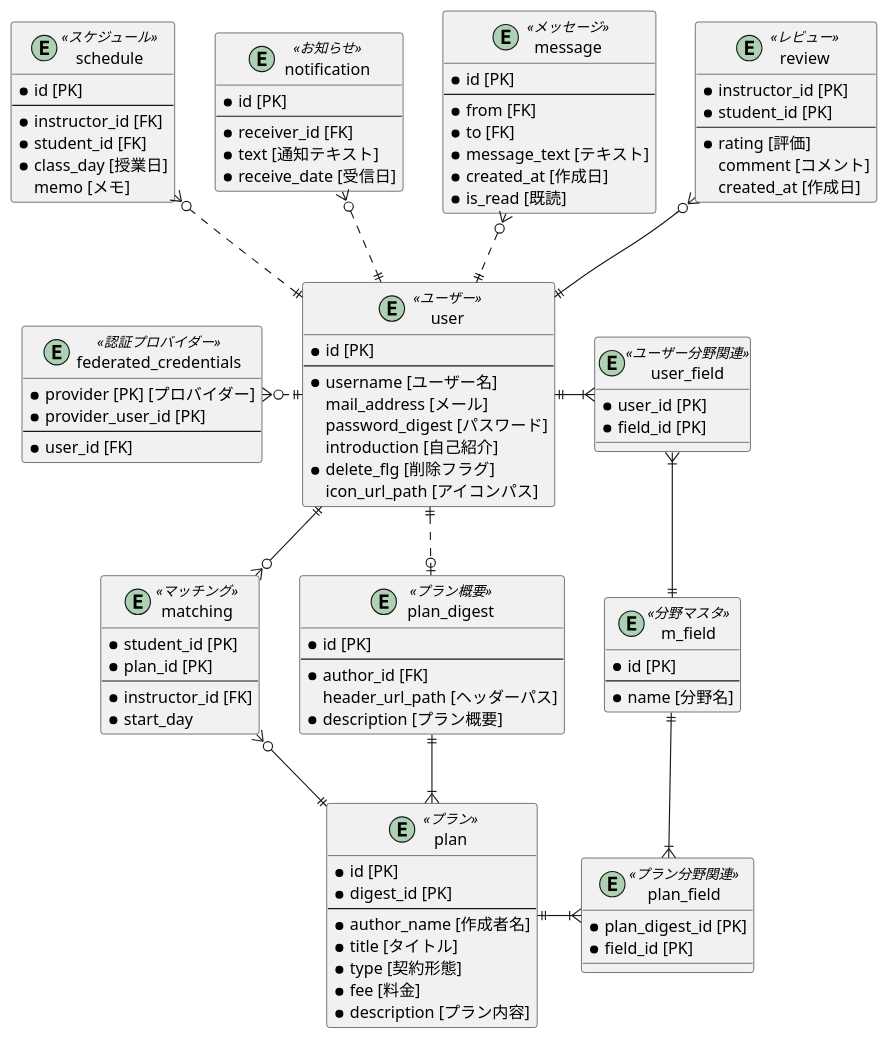
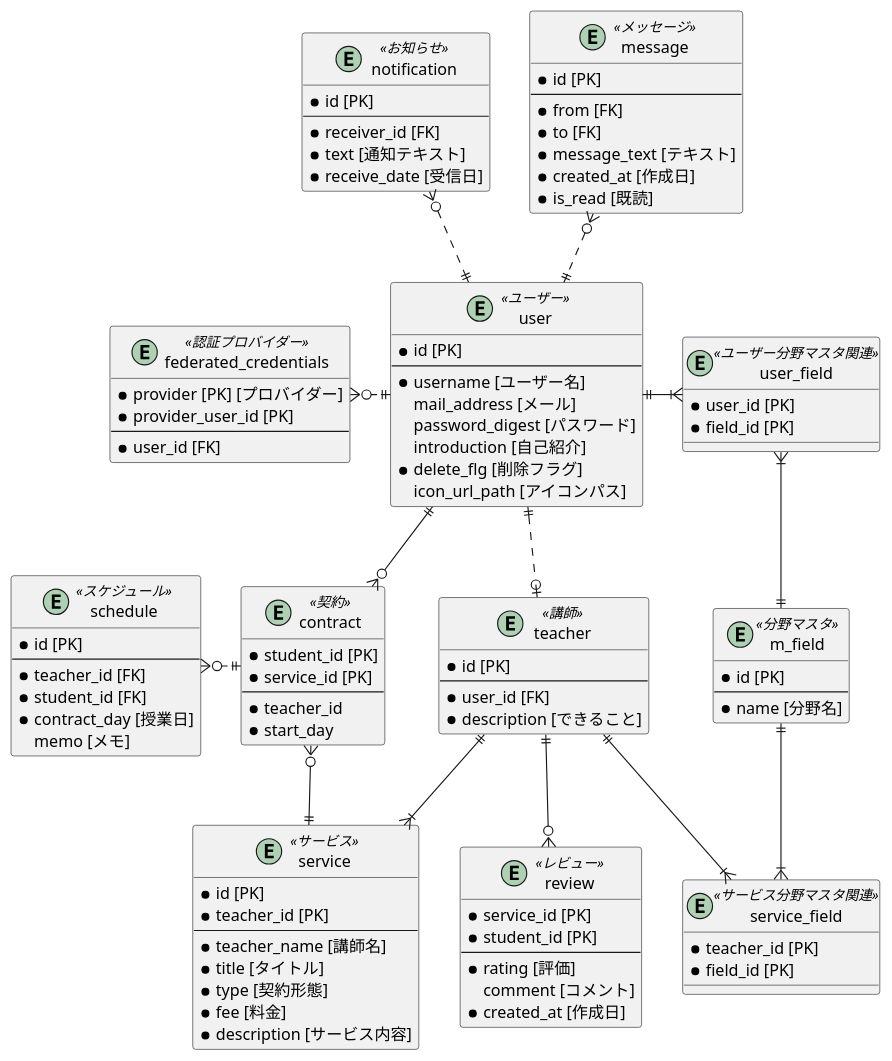
The diagram in materials/stulab.pu (koumei11/stulab), drawn with PlantUML before and after one commit. The commit also changed 1 other file, not shown here.

```diff
--- a/materials/stulab.pu
+++ b/materials/stulab.pu
@@ -1,115 +1,113 @@
 @startuml stulab
 
 entity user<<ユーザー>> {
   * id [PK]
   --
   * username [ユーザー名]
   mail_address [メール]
   password_digest [パスワード]
   introduction [自己紹介]
   * delete_flg [削除フラグ]
   icon_url_path [アイコンパス]
 }
 
 entity federated_credentials<<認証プロバイダー>> {
   * provider [PK] [プロバイダー]
   * provider_user_id [PK]
   --
   * user_id [FK]
 }
 
 entity m_field<<分野マスタ>> {
   * id [PK]
   --
   * name [分野名]
 }
 
-entity plan_digest<<プラン概要>> {
+entity teacher<<講師>> {
   * id [PK]
   --
-  * author_id [FK]
-  header_url_path [ヘッダーパス]
-  * description [プラン概要]
+  * user_id [FK]
+  * description [できること]
 }
 
-entity plan<<プラン>> {
+entity service<<サービス>> {
   * id [PK]
-  * digest_id [PK]
+  * teacher_id [PK]
   --
-  * author_name [作成者名]
+  * teacher_name [講師名]
   * title [タイトル]
   * type [契約形態]
   * fee [料金]
-  * description [プラン内容]
+  * description [サービス内容]
 }
 
-entity user_field<<ユーザー分野関連>> {
+entity user_field<<ユーザー分野マスタ関連>> {
   * user_id [PK]
   * field_id [PK]
 }
 
-entity plan_field<<プラン分野関連>> {
-  * plan_digest_id [PK] 
+entity service_field<<サービス分野マスタ関連>> {
+  * teacher_id [PK] 
   * field_id [PK]
 }
 
 entity review<<レビュー>> {
-  * instructor_id [PK]
+  * service_id [PK]
   * student_id [PK]
   --
   * rating [評価]
   comment [コメント]
-  created_at [作成日]
+  * created_at [作成日]
 }
 
-entity matching<<マッチング>> {
+entity contract<<契約>> {
   * student_id [PK]
-  * plan_id [PK]
+  * service_id [PK]
   --
-  * instructor_id [FK]
+  * teacher_id
   * start_day
 }
 
 entity message<<メッセージ>> {
   * id [PK]
   --
   * from [FK]
   * to [FK]
   * message_text [テキスト]
   * created_at [作成日]
   * is_read [既読]
 }
 
 entity notification<<お知らせ>> {
   * id [PK]
   --
   * receiver_id [FK]
   * text [通知テキスト]
   * receive_date [受信日]
 }
 
 entity schedule<<スケジュール>> {
   * id [PK]
   --
-  * instructor_id [FK]
+  * teacher_id [FK]
   * student_id [FK]
-  * class_day [授業日]
+  * contract_day [授業日]
   memo [メモ]
 }
 
 user ||.l.o{ federated_credentials
-user ||..o| plan_digest
-plan_digest ||--|{ plan
+user ||..o| teacher
+teacher ||--|{ service
 user ||-r-|{ user_field
 m_field ||-u-|{ user_field
-plan ||-r-|{ plan_field
-m_field ||--|{ plan_field
-user ||-u-o{ review
-user ||--o{ matching
-plan ||-u-o{ matching
+teacher ||-r-|{ service_field
+m_field ||--|{ service_field
+teacher ||-d-o{ review
+user ||--o{ contract
+service ||-u-o{ contract
 user ||.u.o{ message
 user ||.u.o{ notification
-user ||.u.o{ schedule
-
+contract ||.l.o{ schedule
 
 @enduml
```
